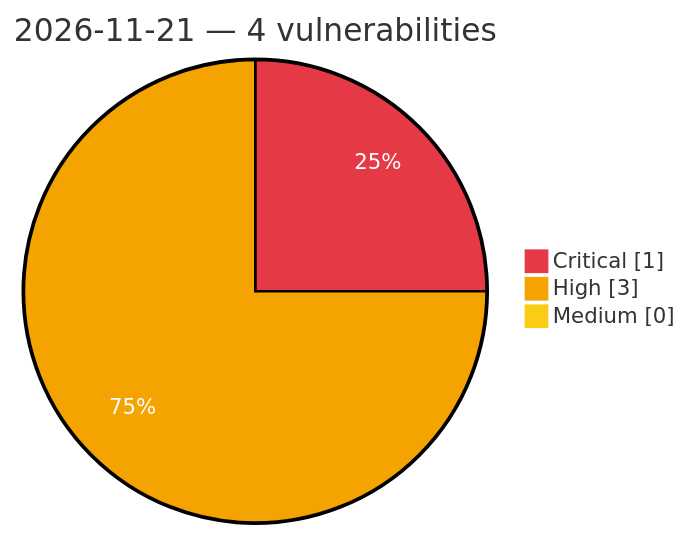
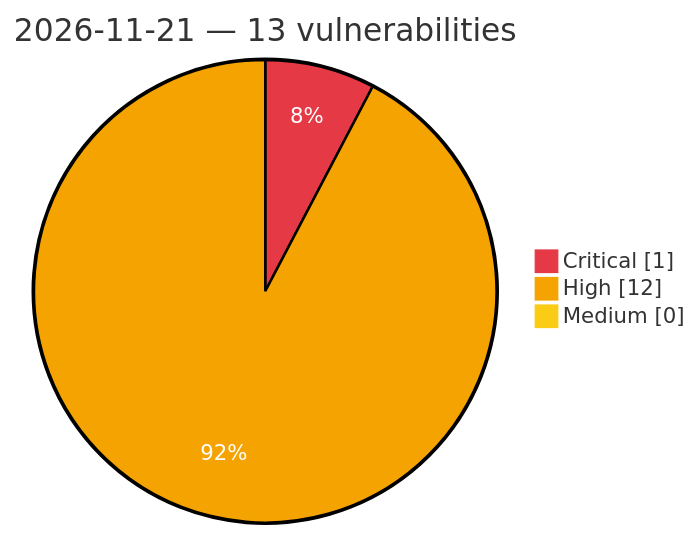
One commit to GhostX0X/vuln-tracker changed the diagram in vulnerabilities/2026/November/2026-11-21.md. Above: the diagram before and after it, drawn with Mermaid. The commit also changed other lines of this file and 5 other files, not shown here.

````diff
--- a/vulnerabilities/2026/November/2026-11-21.md
+++ b/vulnerabilities/2026/November/2026-11-21.md
@@ -3,8 +3,8 @@
 ```mermaid
 %%{init: {'theme':'base', 'themeVariables': {'pie1':'#e63946', 'pie2':'#f4a300', 'pie3':'#facc15', 'pieOpacity':'1', 'pieOuterStrokeWidth':'2px', 'pieSectionTextColor':'#ffffff'}}}%%
 pie showData
-    title 2026-11-21 — 4 vulnerabilities
+    title 2026-11-21 — 13 vulnerabilities
     "Critical" : 1
-    "High" : 3
+    "High" : 12
     "Medium" : 0
 ```
````
